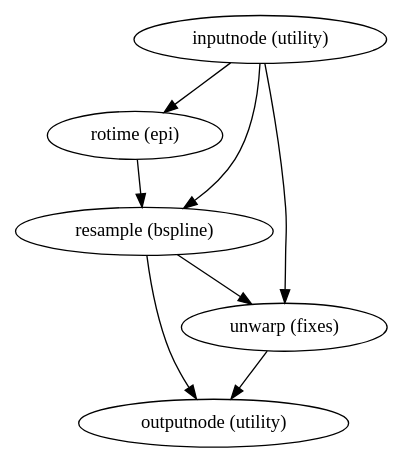
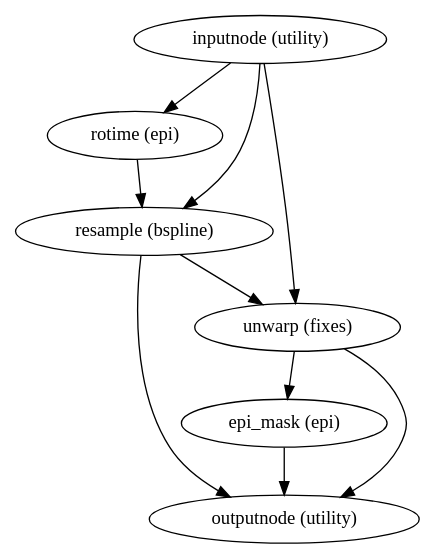
One commit to wayne009007/sdcflows changed the diagram in 2.0.0rc3/wf_directive/api/unwarp_wf/sdcflows-workflows-apply-correction-1.dot. Above: the diagram before and after it, drawn with Graphviz. The commit also changed 2826 other files, not shown here.

```diff
--- a/2.0.0rc3/wf_directive/api/unwarp_wf/sdcflows-workflows-apply-correction-1.dot
+++ b/2.0.0rc3/wf_directive/api/unwarp_wf/sdcflows-workflows-apply-correction-1.dot
@@ -1,14 +1,17 @@
 strict digraph  {
 "inputnode (utility)";
 "rotime (epi)";
 "resample (bspline)";
 "unwarp (fixes)";
 "outputnode (utility)";
+"epi_mask (epi)";
 "inputnode (utility)" -> "rotime (epi)";
 "inputnode (utility)" -> "resample (bspline)";
 "inputnode (utility)" -> "unwarp (fixes)";
 "rotime (epi)" -> "resample (bspline)";
 "resample (bspline)" -> "unwarp (fixes)";
 "resample (bspline)" -> "outputnode (utility)";
 "unwarp (fixes)" -> "outputnode (utility)";
+"unwarp (fixes)" -> "epi_mask (epi)";
+"epi_mask (epi)" -> "outputnode (utility)";
 }
```
